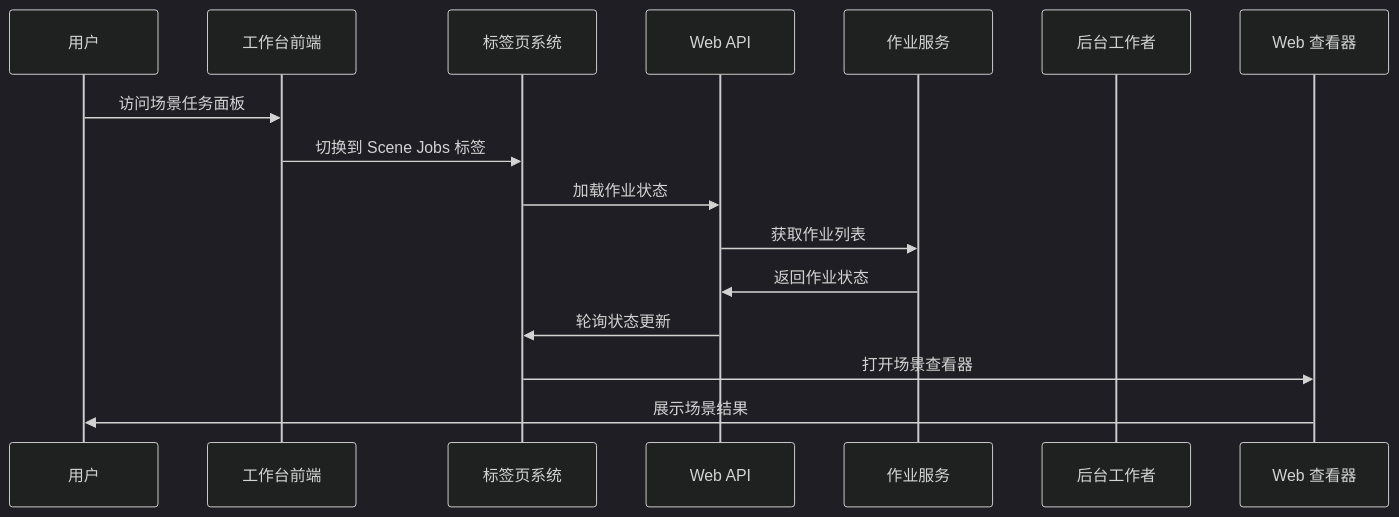
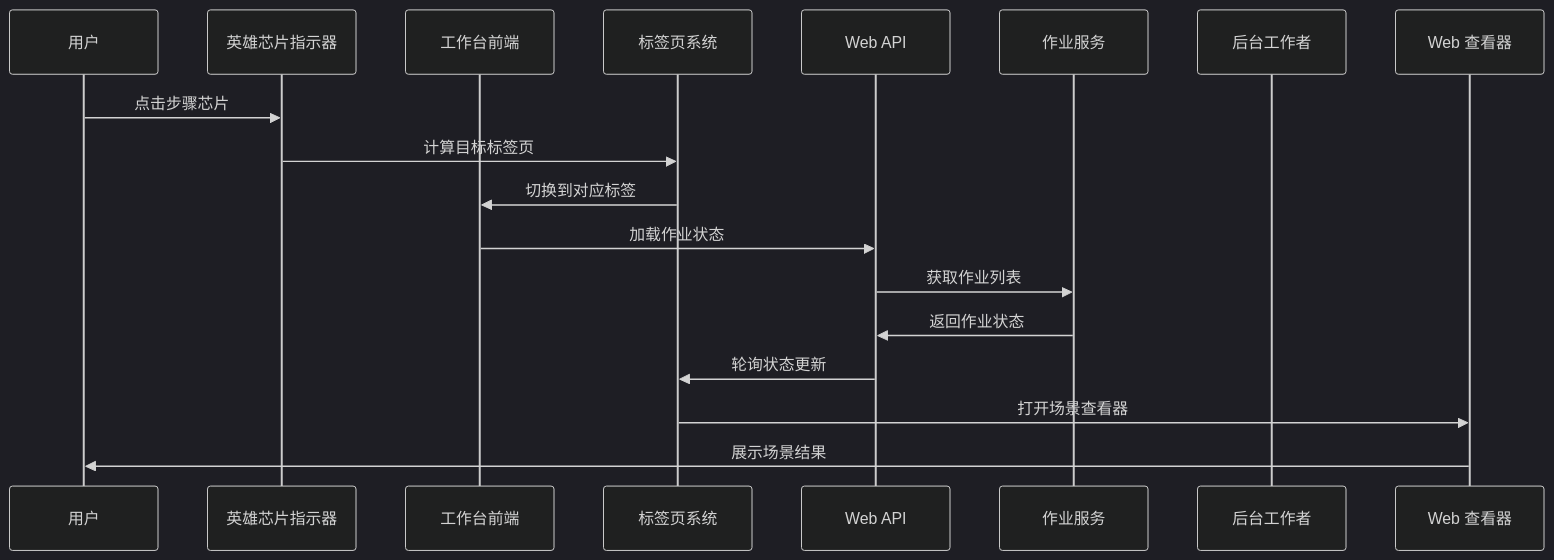
Before and after one commit to wsqstar/RoadGen3D: the second of 19 diagrams in .qoder/repowiki/zh/content/Web界面系统/工作台界面/场景任务面板.md, drawn with Mermaid (dark theme). The commit also changed other lines of this file and 13 other files, not shown here.

First line of the commit message:
feat(workbench): add hero chip step indicator and enhance tab system

````diff
--- a/.qoder/repowiki/zh/content/Web界面系统/工作台界面/场景任务面板.md
+++ b/.qoder/repowiki/zh/content/Web界面系统/工作台界面/场景任务面板.md
@@ -127,18 +130,20 @@
 ```mermaid
 sequenceDiagram
 participant User as 用户
+participant Hero as 英雄芯片指示器
 participant Workbench as 工作台前端
 participant TabSystem as 标签页系统
 participant API as Web API
 participant Service as 作业服务
 participant Worker as 后台工作者
 participant Viewer as Web 查看器
-User->>Workbench : 访问场景任务面板
-Workbench->>TabSystem : 切换到 Scene Jobs 标签
-TabSystem->>API : 加载作业状态
+User->>Hero : 点击步骤芯片
+Hero->>TabSystem : 计算目标标签页
+TabSystem->>Workbench : 切换到对应标签
+Workbench->>API : 加载作业状态
 API->>Service : 获取作业列表
 Service->>API : 返回作业状态
 API->>TabSystem : 轮询状态更新
 TabSystem->>Viewer : 打开场景查看器
 Viewer->>User : 展示场景结果
 ```
````
